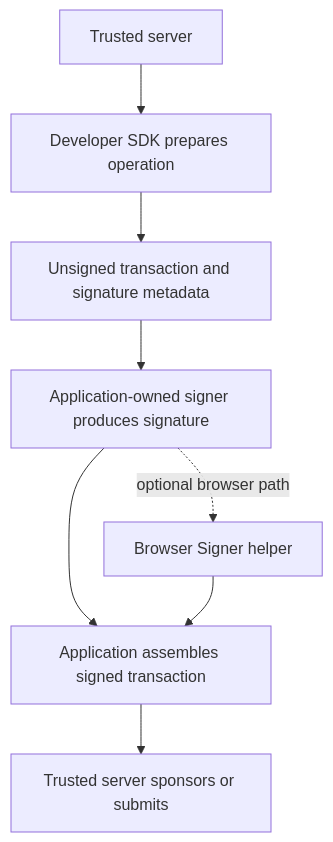
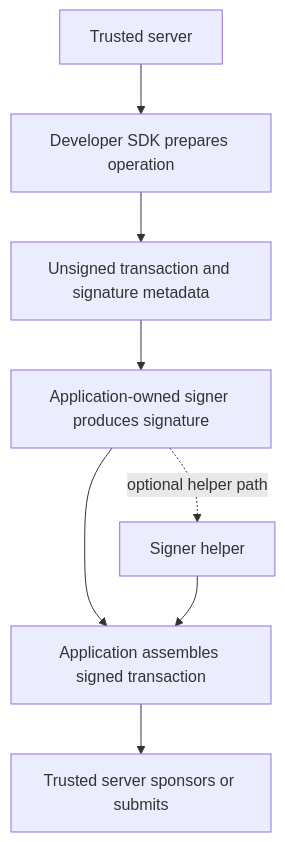
Before and after one commit to anagrambuild/swig-docs: the diagram in developer-sdk/server-runtime.mdx, drawn with Mermaid. The commit also changed other lines of this file and 9 other files, not shown here.

````diff
--- a/developer-sdk/server-runtime.mdx
+++ b/developer-sdk/server-runtime.mdx
@@ -12,10 +12,10 @@
 ```mermaid
 flowchart TD
   A["Trusted server"] --> B["Developer SDK prepares operation"]
   B --> C["Unsigned transaction and signature metadata"]
   C --> D["Application-owned signer produces signature"]
   D --> E["Application assembles signed transaction"]
-  D -. "optional browser path" .-> F["Browser Signer helper"]
+  D -. "optional helper path" .-> F["Signer helper"]
   F --> E
   E --> G["Trusted server sponsors or submits"]
 ```
````
